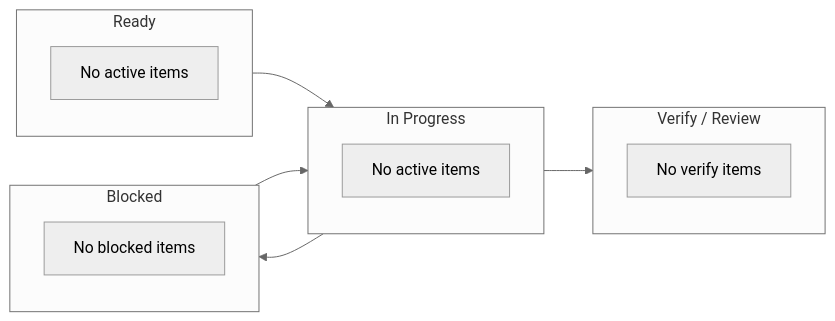
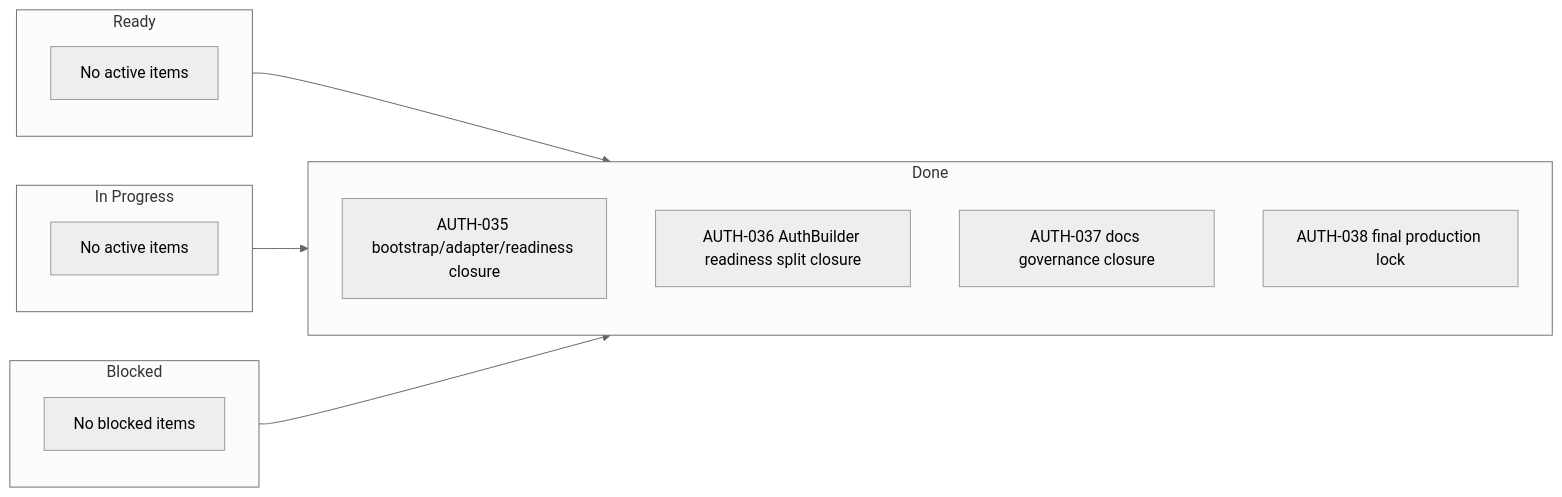
One commit to shomsy/avax changed the diagram in Foundation/Auth/.agents/management/ACTIVE.md. Above: the diagram before and after it, drawn with Mermaid (neutral theme). The commit also changed other lines of this file and 131 other files, not shown here.

Commit message:
Production ready preparation

````diff
--- a/Foundation/Auth/.agents/management/ACTIVE.md
+++ b/Foundation/Auth/.agents/management/ACTIVE.md
@@ -7,23 +7,25 @@
 ```mermaid
 flowchart LR
     subgraph Ready["Ready"]
         R0["No active items"]
     end
 
     subgraph InProgress["In Progress"]
         P0["No active items"]
     end
 
     subgraph Blocked["Blocked"]
         B0["No blocked items"]
     end
 
-    subgraph Verify["Verify / Review"]
-        V0["No verify items"]
+    subgraph Done["Done"]
+        D1["AUTH-035 bootstrap/adapter/readiness closure"]
+        D2["AUTH-036 AuthBuilder readiness split closure"]
+        D3["AUTH-037 docs governance closure"]
+        D4["AUTH-038 final production lock"]
     end
 
-    Ready --> InProgress
-    InProgress --> Verify
-    InProgress --> Blocked
-    Blocked --> InProgress
+    Ready --> Done
+    InProgress --> Done
+    Blocked --> Done
 ```
````
